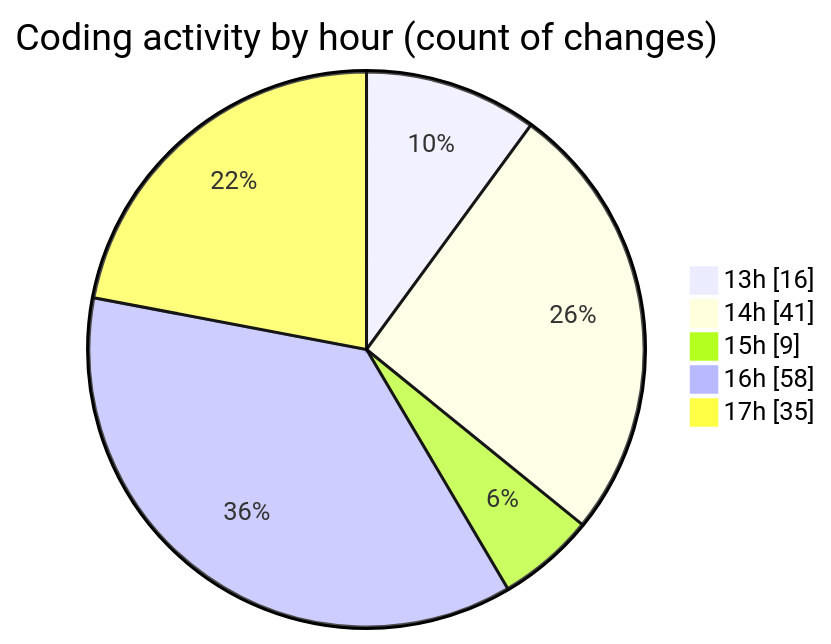
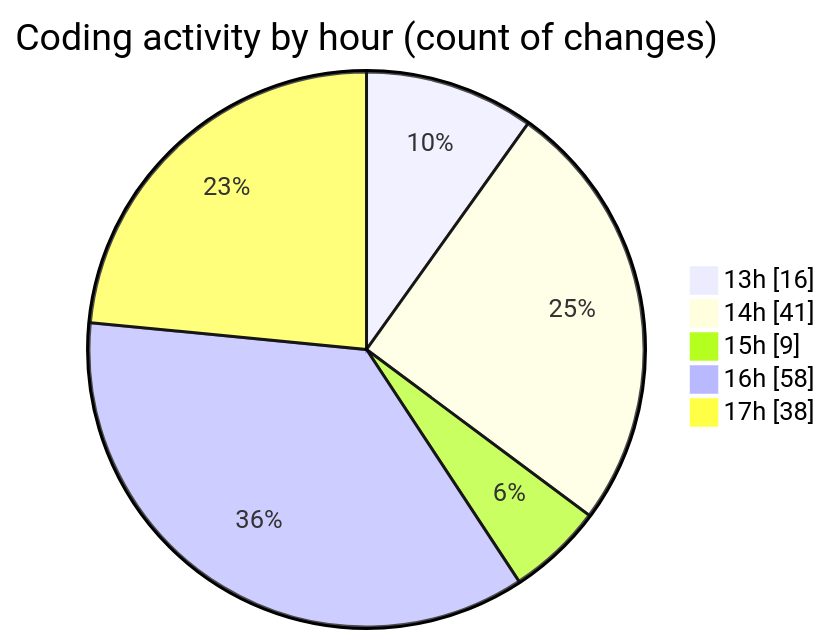
Before and after one commit to momahboobian/code-tracking: the second of 2 diagrams in 2026-02-04/cda/README.md, drawn with Mermaid. The commit also changed other lines of this file and 1 other file, not shown here.

````diff
--- a/2026-02-04/cda/README.md
+++ b/2026-02-04/cda/README.md
@@ -50,9 +51,9 @@
 ```mermaid
 pie showData
 title Coding activity by hour (count of changes)
 "13h" : 16
 "14h" : 41
 "15h" : 9
 "16h" : 58
-"17h" : 35
+"17h" : 38
 ```
````
